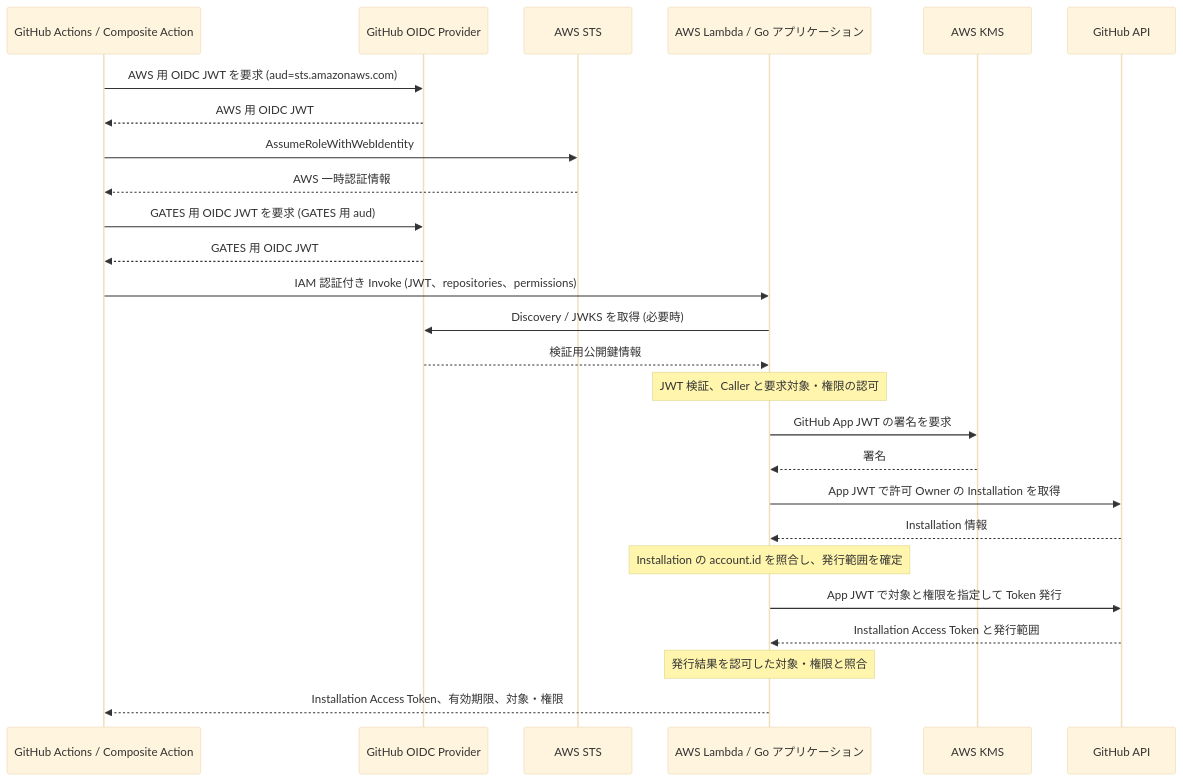
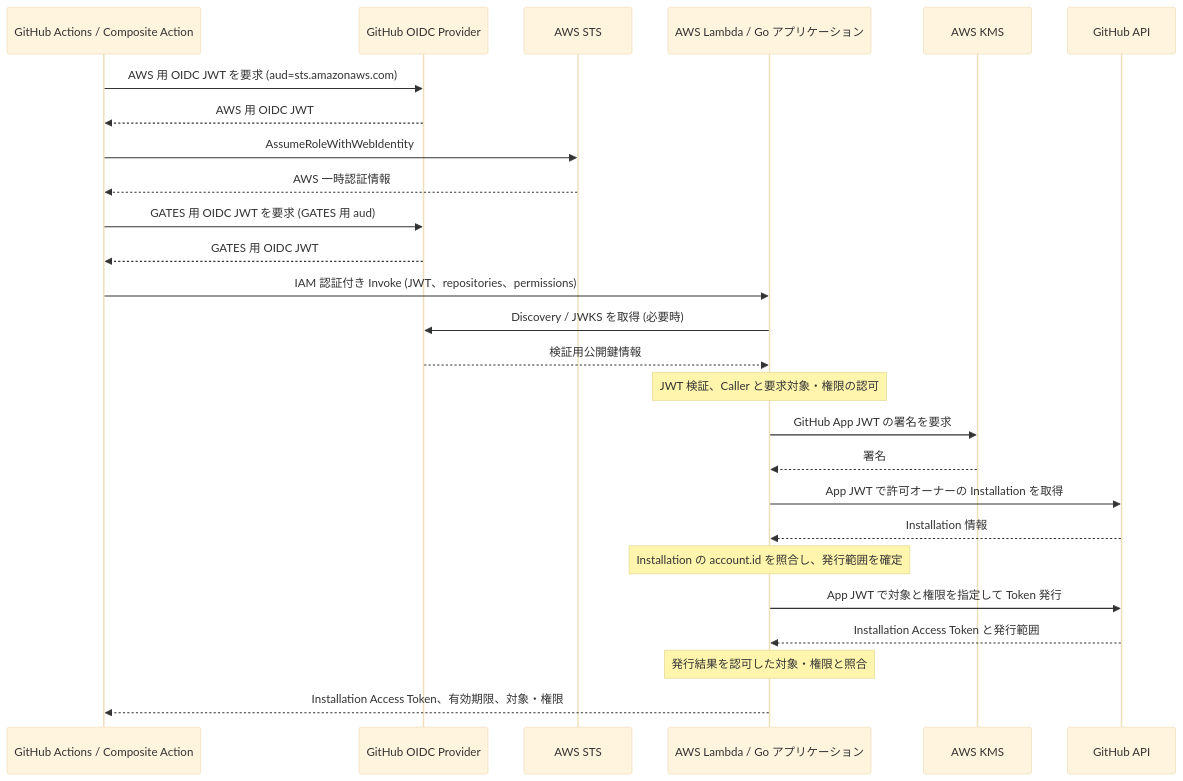
One commit to tmknom/gates changed the second of 2 diagrams in docs/design/architecture.md. Above: the diagram before and after it, drawn with Mermaid (base theme). The commit also changed other lines of this file and 6 other files, not shown here.

````diff
--- a/docs/design/architecture.md
+++ b/docs/design/architecture.md
@@ -68,28 +68,28 @@
 ```mermaid
 sequenceDiagram
   participant A as GitHub Actions / Composite Action
   participant O as GitHub OIDC Provider
   participant S as AWS STS
   participant L as AWS Lambda / Go アプリケーション
   participant K as AWS KMS
   participant G as GitHub API
   A->>O: AWS 用 OIDC JWT を要求 (aud=sts.amazonaws.com)
   O-->>A: AWS 用 OIDC JWT
   A->>S: AssumeRoleWithWebIdentity
   S-->>A: AWS 一時認証情報
   A->>O: GATES 用 OIDC JWT を要求 (GATES 用 aud)
   O-->>A: GATES 用 OIDC JWT
   A->>L: IAM 認証付き Invoke (JWT、repositories、permissions)
   L->>O: Discovery / JWKS を取得 (必要時)
   O-->>L: 検証用公開鍵情報
   Note over L: JWT 検証、Caller と要求対象・権限の認可
   L->>K: GitHub App JWT の署名を要求
   K-->>L: 署名
-  L->>G: App JWT で許可 Owner の Installation を取得
+  L->>G: App JWT で許可オーナーの Installation を取得
   G-->>L: Installation 情報
   Note over L: Installation の account.id を照合し、発行範囲を確定
   L->>G: App JWT で対象と権限を指定して Token 発行
   G-->>L: Installation Access Token と発行範囲
   Note over L: 発行結果を認可した対象・権限と照合
   L-->>A: Installation Access Token、有効期限、対象・権限
 ```
````
